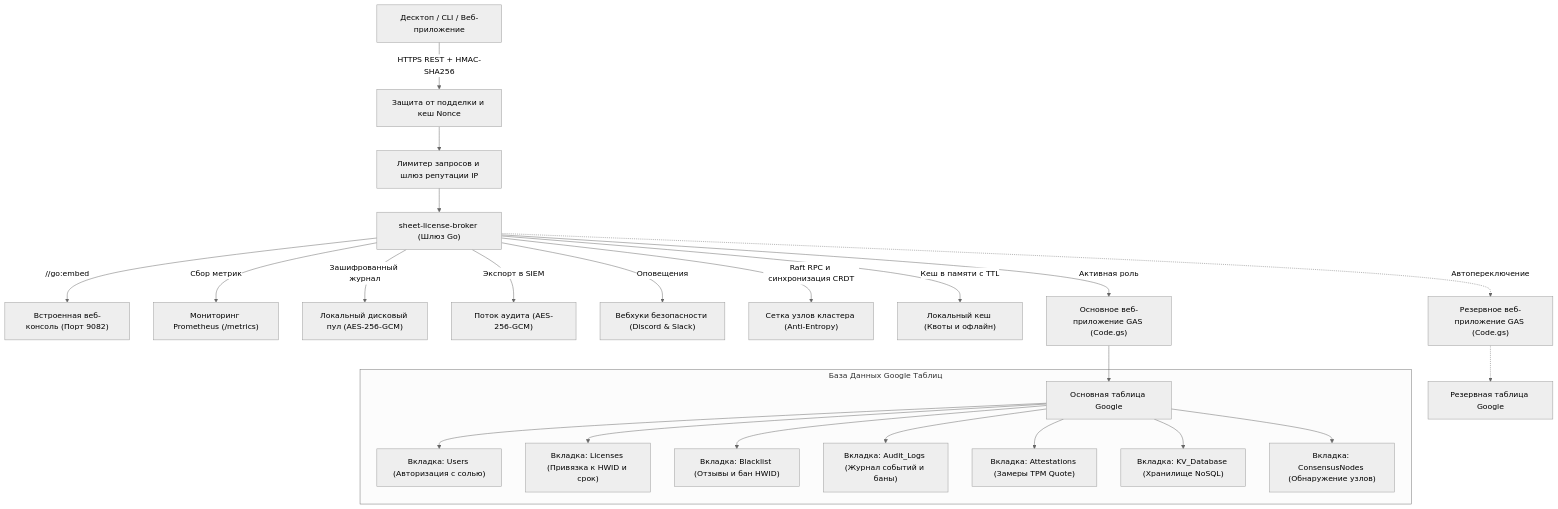
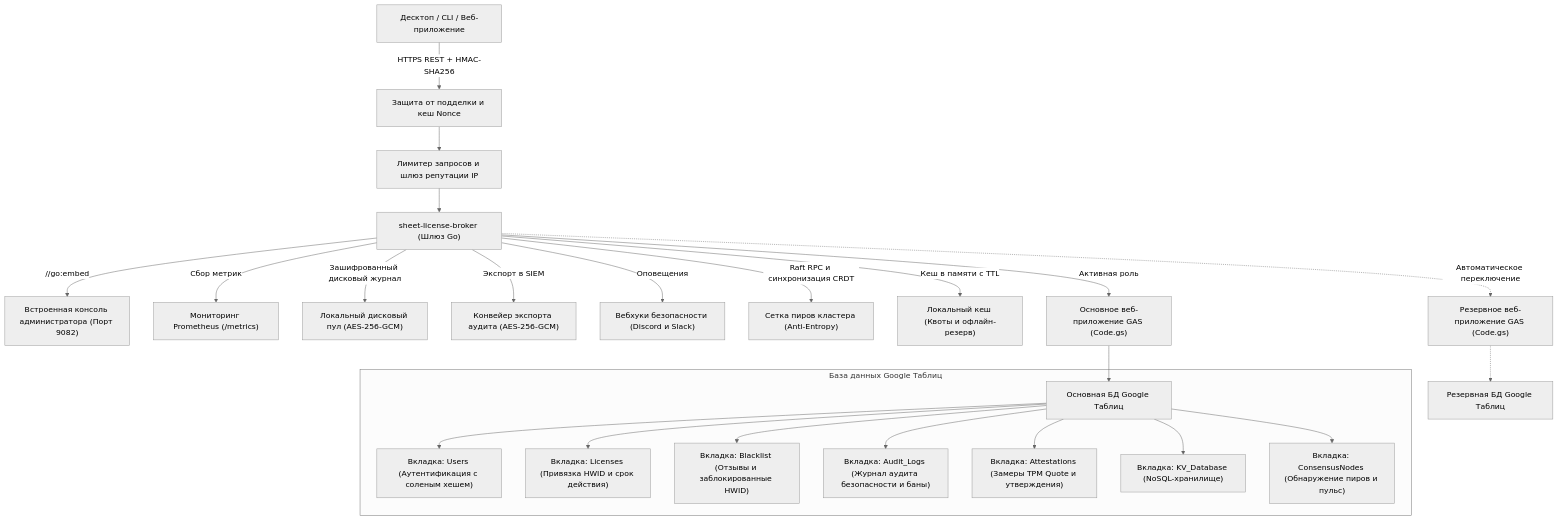
Before and after one commit to kLauncher1/sheet-license-broker: the diagram in docs/locales/ru.md, drawn with Mermaid (neutral theme). The commit also changed other lines of this file and 8 other files, not shown here.

````diff
--- a/docs/locales/ru.md
+++ b/docs/locales/ru.md
@@ -66,27 +80,27 @@
 ```mermaid
 flowchart TD
     Client["Десктоп / CLI / Веб-приложение"] -->|HTTPS REST + HMAC-SHA256| Guard["Защита от подделки и кеш Nonce"]
     Guard --> Limiter["Лимитер запросов и шлюз репутации IP"]
     Limiter --> Broker["sheet-license-broker (Шлюз Go)"]
-    Broker -->|//go:embed| WebUI["Встроенная веб-консоль (Порт 9082)"]
+    Broker -->|//go:embed| WebUI["Встроенная консоль администратора (Порт 9082)"]
     Broker -->|Сбор метрик| Prom["Мониторинг Prometheus (/metrics)"]
-    Broker -->|Зашифрованный журнал| Spool["Локальный дисковый пул (AES-256-GCM)"]
-    Broker -->|Экспорт в SIEM| SIEM["Поток аудита (AES-256-GCM)"]
-    Broker -->|Оповещения| Alerts["Вебхуки безопасности (Discord & Slack)"]
-    Broker -->|Raft RPC и синхронизация CRDT| Peers["Сетка узлов кластера (Anti-Entropy)"]
-    Broker -->|Кеш в памяти с TTL| Cache["Локальный кеш (Квоты и офлайн)"]
+    Broker -->|Зашифрованный дисковый журнал| Spool["Локальный дисковый пул (AES-256-GCM)"]
+    Broker -->|Экспорт в SIEM| SIEM["Конвейер экспорта аудита (AES-256-GCM)"]
+    Broker -->|Оповещения| Alerts["Вебхуки безопасности (Discord и Slack)"]
+    Broker -->|Raft RPC и синхронизация CRDT| Peers["Сетка пиров кластера (Anti-Entropy)"]
+    Broker -->|Кеш в памяти с TTL| Cache["Локальный кеш (Квоты и офлайн-резерв)"]
     Broker -->|Активная роль| Primary["Основное веб-приложение GAS (Code.gs)"]
-    Broker -.->|Автопереключение| Standby["Резервное веб-приложение GAS (Code.gs)"]
-    Primary --> Sheets1["Основная таблица Google"]
-    Standby -.-> Sheets2["Резервная таблица Google"]
+    Broker -.->|Автоматическое переключение| Standby["Резервное веб-приложение GAS (Code.gs)"]
+    Primary --> Sheets1["Основная БД Google Таблиц"]
+    Standby -.-> Sheets2["Резервная БД Google Таблиц"]
 
-    subgraph База Данных Google Таблиц
-        Sheets1 --> Tab1["Вкладка: Users (Авторизация с солью)"]
-        Sheets1 --> Tab2["Вкладка: Licenses (Привязка к HWID и срок)"]
-        Sheets1 --> Tab3["Вкладка: Blacklist (Отзывы и бан HWID)"]
-        Sheets1 --> Tab4["Вкладка: Audit_Logs (Журнал событий и баны)"]
-        Sheets1 --> Tab5["Вкладка: Attestations (Замеры TPM Quote)"]
-        Sheets1 --> Tab6["Вкладка: KV_Database (Хранилище NoSQL)"]
-        Sheets1 --> Tab7["Вкладка: ConsensusNodes (Обнаружение узлов)"]
+    subgraph База данных Google Таблиц
+        Sheets1 --> Tab1["Вкладка: Users (Аутентификация с соленым хешем)"]
+        Sheets1 --> Tab2["Вкладка: Licenses (Привязка HWID и срок действия)"]
+        Sheets1 --> Tab3["Вкладка: Blacklist (Отзывы и заблокированные HWID)"]
+        Sheets1 --> Tab4["Вкладка: Audit_Logs (Журнал аудита безопасности и баны)"]
+        Sheets1 --> Tab5["Вкладка: Attestations (Замеры TPM Quote и утверждения)"]
+        Sheets1 --> Tab6["Вкладка: KV_Database (NoSQL-хранилище)"]
+        Sheets1 --> Tab7["Вкладка: ConsensusNodes (Обнаружение пиров и пульс)"]
     end
 ```
````
